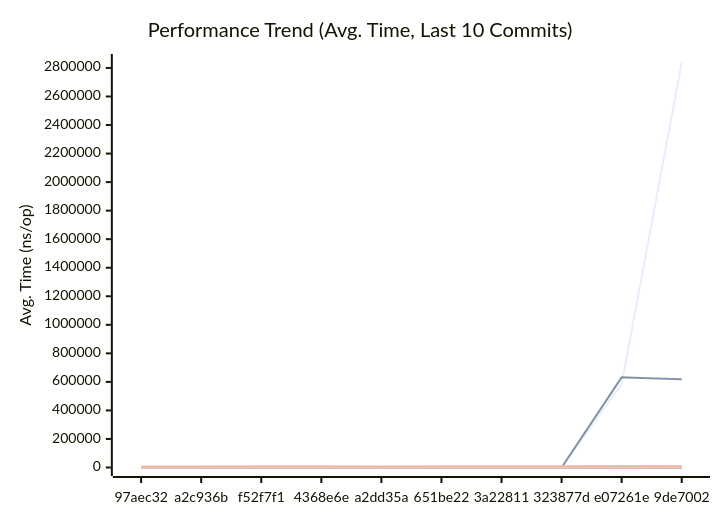
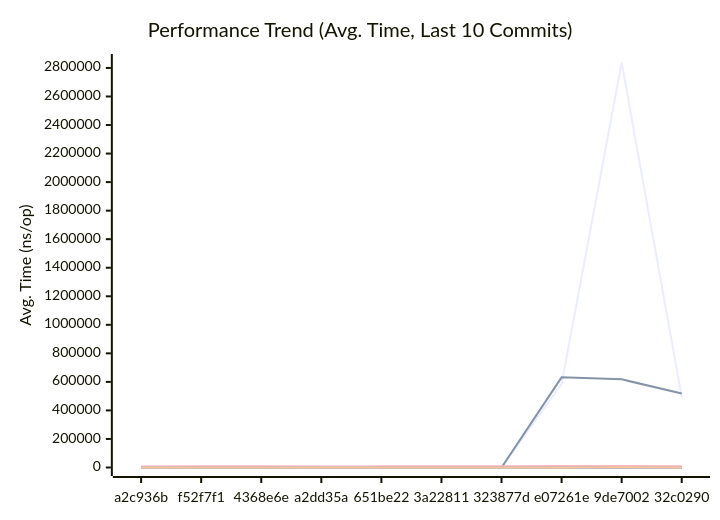
The first of 3 diagrams in docs/PERFORMANCE.md (alsotoes/momo), drawn with Mermaid before and after one commit. The commit also changed other lines of this file and 10 other files, not shown here.

````diff
--- a/docs/PERFORMANCE.md
+++ b/docs/PERFORMANCE.md
@@ -145,20 +145,20 @@
 ```mermaid
 xychart-beta
     title "Performance Trend (Avg. Time, Last 10 Commits)"
     x-axis "Commit"
     y-axis "Avg. Time (ns/op)"
-    x-axis [97aec32,a2c936b,f52f7f1,4368e6e,a2dd35a,651be22,3a22811,323877d,e07261e,9de7002]
-    line "AWSChunkedReaderSigned" [0,0,0,0,0,0,0,0,584226,2838201]
-    line "AWSChunkedReaderUnsigned" [0,0,0,0,0,0,0,0,631654,617880]
-    line "CheckMetricsAndSwap" [9,8,10,9,10,9,10,10,9,16]
-    line "CrushOptimized" [370,350,388,436,307,344,355,415,439,381]
-    line "CrushOriginal" [507,479,594,516,557,494,491,570,664,686]
-    line "IndexDirectTracking" [0,0,0,0,0,0,0,0,0,1]
-    line "IndexSearch" [2,2,2,2,2,2,2,2,2,3]
-    line "LoadGlobalConfig" [7642,7622,8182,9158,7310,7930,8102,9075,10900,10925]
-    line "PadString" [43,60,54,52,40,46,49,53,64,66]
+    x-axis [a2c936b,f52f7f1,4368e6e,a2dd35a,651be22,3a22811,323877d,e07261e,9de7002,32c0290]
+    line "AWSChunkedReaderSigned" [0,0,0,0,0,0,0,584226,2838201,493329]
+    line "AWSChunkedReaderUnsigned" [0,0,0,0,0,0,0,631654,617880,518620]
+    line "CheckMetricsAndSwap" [8,10,9,10,9,10,10,9,16,10]
+    line "CrushOptimized" [350,388,436,307,344,355,415,439,381,353]
+    line "CrushOriginal" [479,594,516,557,494,491,570,664,686,549]
+    line "IndexDirectTracking" [0,0,0,0,0,0,0,0,1,0]
+    line "IndexSearch" [2,2,2,2,2,2,2,2,3,2]
+    line "LoadGlobalConfig" [7622,8182,9158,7310,7930,8102,9075,10900,10925,8352]
+    line "PadString" [60,54,52,40,46,49,53,64,66,53]
     line "ParseReplicationOrder_NoPrealloc" [350,349,357,354,345,225,229,165,232,234]
     line "ParseReplicationOrder_Prealloc" [229,231,237,234,229,108,107,80,110,109]
-    line "SanitizeLog/Safe" [497,537,464,500,456,475,487,537,496,673]
-    line "SanitizeLog/Unsafe" [597,732,668,782,686,592,720,762,826,1502]
+    line "SanitizeLog/Safe" [537,464,500,456,475,487,537,496,673,440]
+    line "SanitizeLog/Unsafe" [732,668,782,686,592,720,762,826,1502,669]
 ```
````
